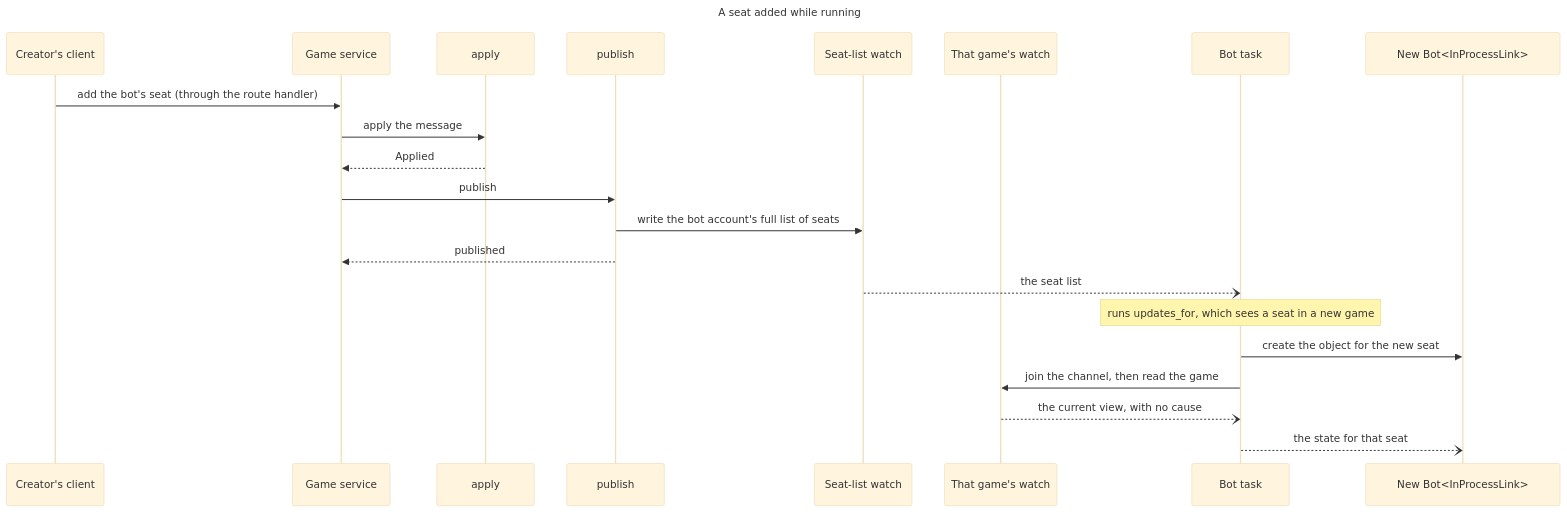
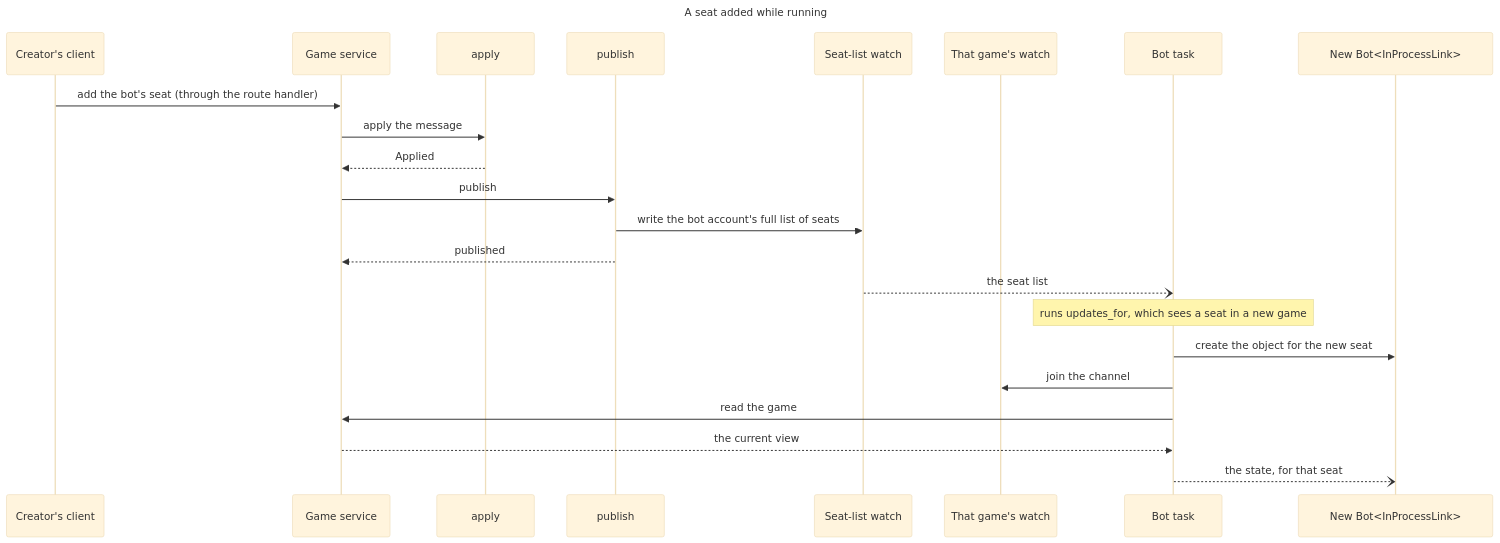
One commit to delphside/programme changed the second of 2 diagrams in applications/tile-lite-elite/3.1.7-changes/workstreams/application-game-architecture/71-one-game-model/71-data-model.md. Above: the diagram before and after it, drawn with Mermaid (base theme). The commit also changed other lines of this file and 4 other files, not shown here.

````diff
--- a/applications/tile-lite-elite/3.1.7-changes/workstreams/application-game-architecture/71-one-game-model/71-data-model.md
+++ b/applications/tile-lite-elite/3.1.7-changes/workstreams/application-game-architecture/71-one-game-model/71-data-model.md
@@ -943,25 +962,26 @@
 ```mermaid
 sequenceDiagram
   title A seat added while running
   participant C as Creator's client
   participant GS as Game service
   participant A as apply
   participant P as publish
   participant SW as Seat-list watch
   participant NW as That game's watch
   participant BT as Bot task
   participant NB as New Bot#lt;InProcessLink#gt;
 
   C->>GS: add the bot's seat (through the route handler)
   GS->>A: apply the message
   A-->>GS: Applied
   GS->>P: publish
   P->>SW: write the bot account's full list of seats
   P-->>GS: published
   SW--)BT: the seat list
   Note over BT: runs updates_for, which sees a seat in a new game
   BT->>NB: create the object for the new seat
-  BT->>NW: join the channel, then read the game
-  NW--)BT: the current view, with no cause
-  BT--)NB: the state for that seat
+  BT->>NW: join the channel
+  BT->>GS: read the game
+  GS-->>BT: the current view
+  BT--)NB: the state, for that seat
 ```
````
